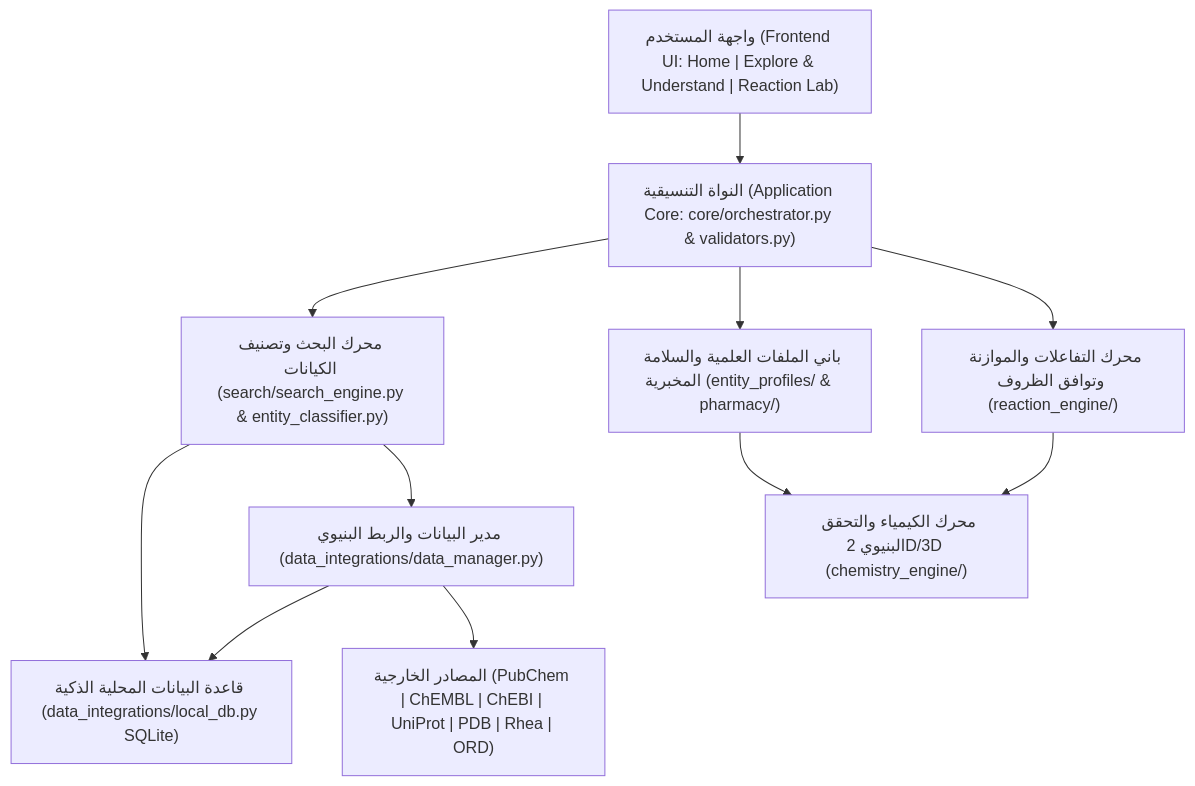
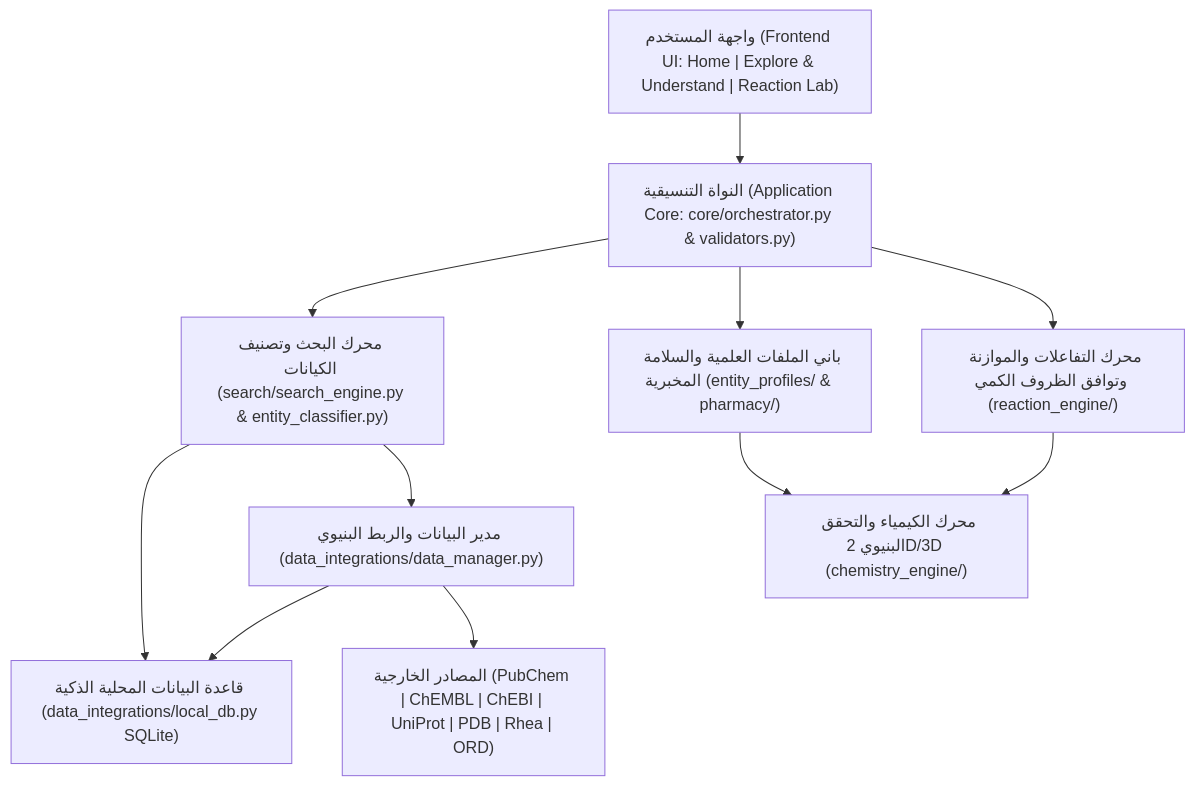
Before and after one commit to a-muaafa/Moleculens-: the diagram in README.md, drawn with Mermaid. The commit also changed other lines of this file and 19 other files, not shown here.

````diff
--- a/README.md
+++ b/README.md
@@ -69,23 +70,23 @@
 ```mermaid
 flowchart TD
     UI["واجهة المستخدم (Frontend UI: Home | Explore & Understand | Reaction Lab)"]
     CORE["النواة التنسيقية (Application Core: core/orchestrator.py & validators.py)"]
     SRCH["محرك البحث وتصنيف الكيانات (search/search_engine.py & entity_classifier.py)"]
     LDB["قاعدة البيانات المحلية الذكية (data_integrations/local_db.py SQLite)"]
     DM["مدير البيانات والربط البنيوي (data_integrations/data_manager.py)"]
     PROF["باني الملفات العلمية والسلامة المخبرية (entity_profiles/ & pharmacy/)"]
     CHEM["محرك الكيمياء والتحقق البنيوي 2D/3D (chemistry_engine/)"]
-    RXN["محرك التفاعلات والموازنة وتوافق الظروف (reaction_engine/)"]
+    RXN["محرك التفاعلات والموازنة وتوافق الظروف الكمي (reaction_engine/)"]
     EXT["المصادر الخارجية (PubChem | ChEMBL | ChEBI | UniProt | PDB | Rhea | ORD)"]
 
     UI --> CORE
     CORE --> SRCH
     CORE --> PROF
     CORE --> RXN
     SRCH --> LDB
     SRCH --> DM
     DM --> LDB
     DM --> EXT
     PROF --> CHEM
     RXN --> CHEM
 ```
````
